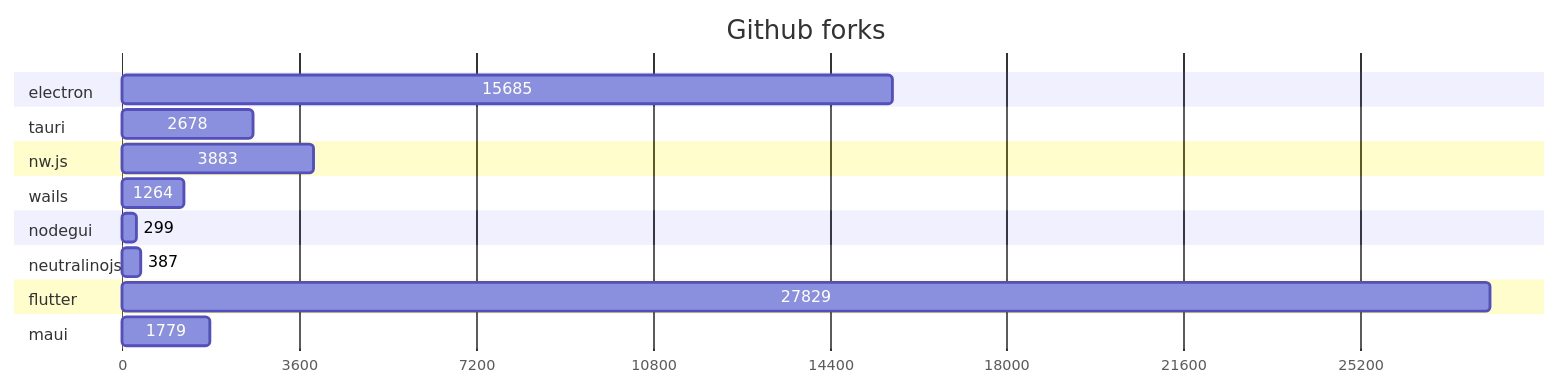
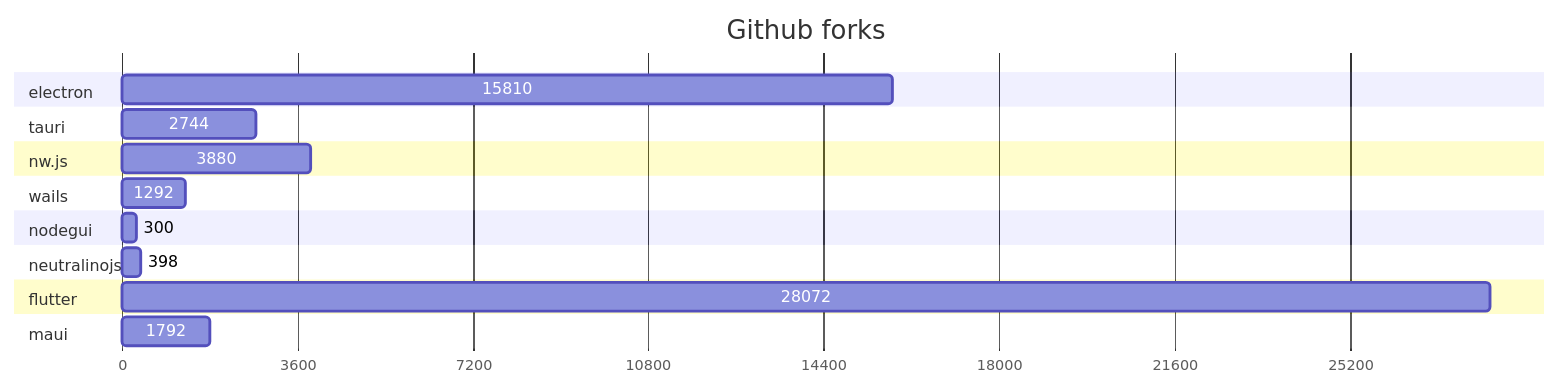
Before and after one commit to Elanis/web-to-desktop-framework-comparison: the second of 2 diagrams in GRAPHS.md, drawn with Mermaid. The commit also changed other lines of this file and 2 other files, not shown here.

Commit message:
Update stars & Fork

````diff
--- a/GRAPHS.md
+++ b/GRAPHS.md
@@ -47,40 +47,40 @@
 ```mermaid
 gantt
     title Github forks
     dateFormat  X
     axisFormat %s
 
 
 	section electron
-	15685 : 0, 15685
+	15810 : 0, 15810
 
 	
 	section tauri
-	2678 : 0, 2678
+	2744 : 0, 2744
 
 	
 	section nw.js
-	3883 : 0, 3883
+	3880 : 0, 3880
 
 	
 	section wails
-	1264 : 0, 1264
+	1292 : 0, 1292
 
 	
 	section nodegui
-	299 : 0, 299
+	300 : 0, 300
 
 	
 	section neutralinojs
-	387 : 0, 387
+	398 : 0, 398
 
 	
 	section flutter
-	27829 : 0, 27829
+	28072 : 0, 28072
 
 	
 	section maui
-	1779 : 0, 1779
+	1792 : 0, 1792
 
 	
 ```
````
